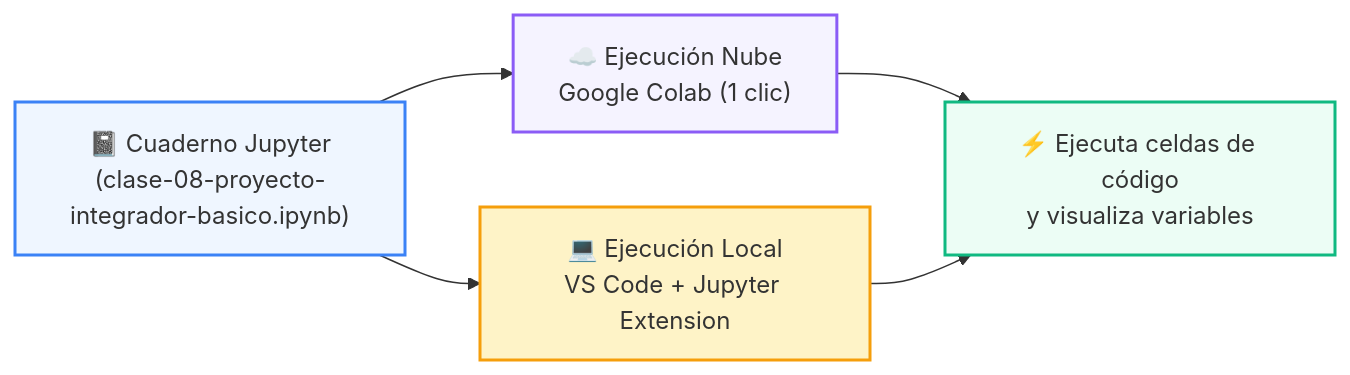
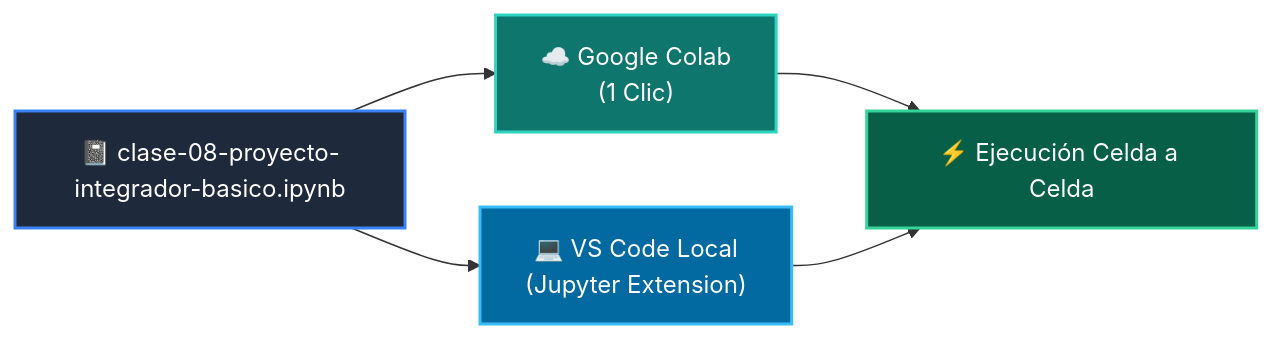
The diagram in 01-fundamentos-python/clase-08-proyecto-integrador-basico/notebook/README.md (wisrovi/wisrovi-python), drawn with Mermaid before and after one commit. The commit also changed other lines of this file and 271 other files, not shown here.

Commit message:
docs: rewrite all README.md files with bespoke topic-specific Mermaid diagrams and remove repetitive boilerplate

````diff
--- a/01-fundamentos-python/clase-08-proyecto-integrador-basico/notebook/README.md
+++ b/01-fundamentos-python/clase-08-proyecto-integrador-basico/notebook/README.md
@@ -14,12 +12,12 @@
 ```mermaid
 flowchart LR
-    NB["📓 Cuaderno Jupyter<br/>(clase-08-proyecto-integrador-basico.ipynb)"] --> COLAB["☁️ Ejecución Nube<br/>Google Colab (1 clic)"]
-    NB --> LOCAL["💻 Ejecución Local<br/>VS Code + Jupyter Extension"]
-    COLAB --> RUN["⚡ Ejecuta celdas de código<br/>y visualiza variables"]
+    NB["📓 clase-08-proyecto-integrador-basico.ipynb"] --> COLAB["☁️ Google Colab<br/>(1 Clic)"]
+    NB --> LOCAL["💻 VS Code Local<br/>(Jupyter Extension)"]
+    COLAB --> RUN["⚡ Ejecución Celda a Celda"]
     LOCAL --> RUN
 
-    style NB fill:#eff6ff,stroke:#3b82f6,stroke-width:2px
-    style COLAB fill:#f5f3ff,stroke:#8b5cf6,stroke-width:2px
-    style LOCAL fill:#fef3c7,stroke:#f59e0b,stroke-width:2px
-    style RUN fill:#ecfdf5,stroke:#10b981,stroke-width:2px
+    style NB fill:#1e293b,color:#fff,stroke:#3b82f6,stroke-width:2px
+    style COLAB fill:#0f766e,color:#fff,stroke:#2dd4bf,stroke-width:2px
+    style LOCAL fill:#0369a1,color:#fff,stroke:#38bdf8,stroke-width:2px
+    style RUN fill:#065f46,color:#fff,stroke:#34d399,stroke-width:2px
 ```
````
